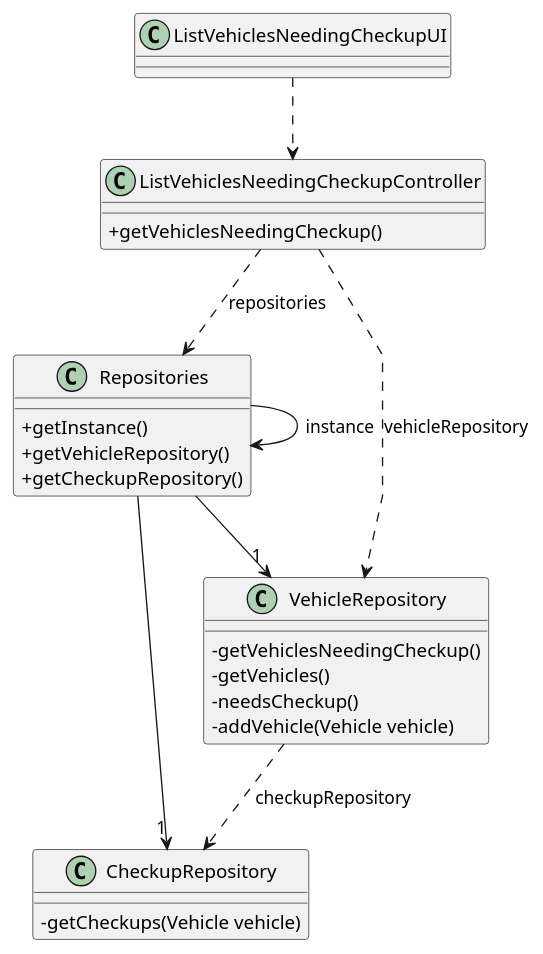
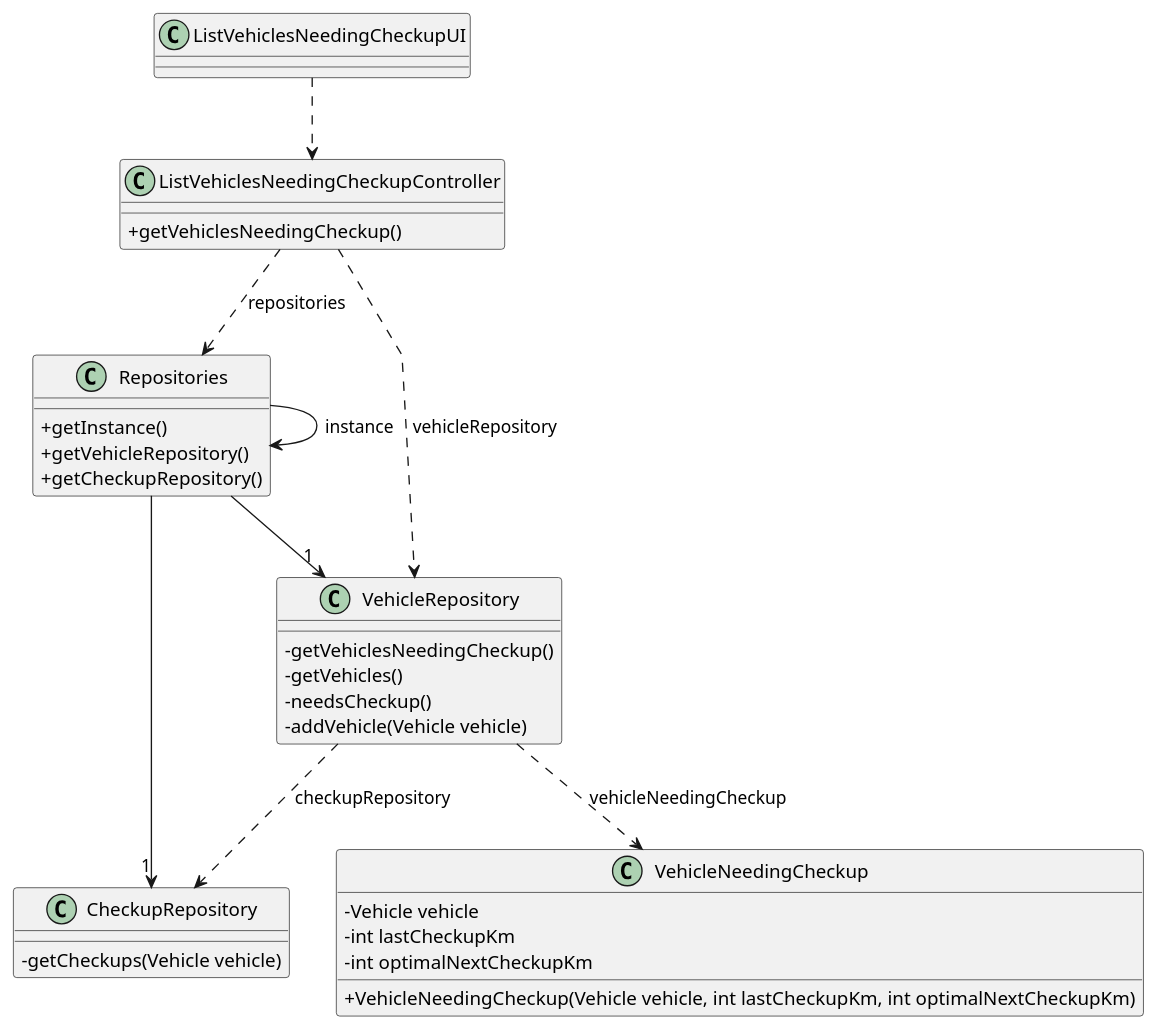
Before and after one commit to Rui-San/LAPR2_2023_2024: the diagram in docs/sprintB/us008/03.design/puml/us008-class-diagram.puml, drawn with PlantUML.

Commit message:
Fixed US08 Class Diagram

```diff
--- a/docs/sprintB/us008/03.design/puml/us008-class-diagram.puml
+++ b/docs/sprintB/us008/03.design/puml/us008-class-diagram.puml
@@ -1,46 +1,54 @@
 @startuml
 'skinparam monochrome true
 skinparam packageStyle rectangle
 skinparam shadowing false
 skinparam linetype polyline
 'skinparam linetype orto
 
 skinparam classAttributeIconSize 0
 
 'left to right direction
 
 Class ListVehiclesNeedingCheckupUI {
 
 }
 
 Class ListVehiclesNeedingCheckupController {
     +getVehiclesNeedingCheckup()
 }
 
 Class Repositories{
     +getInstance()
     +getVehicleRepository()
     +getCheckupRepository()
 }
 
 Class VehicleRepository {
     -getVehiclesNeedingCheckup()
     -getVehicles()
     -needsCheckup()
     -addVehicle(Vehicle vehicle)
 }
 
 Class CheckupRepository {
     -getCheckups(Vehicle vehicle)
 }
 
+Class VehicleNeedingCheckup{
+    -Vehicle vehicle
+    -int lastCheckupKm
+    -int optimalNextCheckupKm
+    +VehicleNeedingCheckup(Vehicle vehicle, int lastCheckupKm, int optimalNextCheckupKm)
+}
+
 ListVehiclesNeedingCheckupUI ..> ListVehiclesNeedingCheckupController
 ListVehiclesNeedingCheckupController ..> Repositories : "repositories"
 ListVehiclesNeedingCheckupController ..> VehicleRepository : vehicleRepository
 VehicleRepository ..> CheckupRepository : checkupRepository
 Repositories --> "1" VehicleRepository
 Repositories --> "1" CheckupRepository
+VehicleRepository ..> VehicleNeedingCheckup : vehicleNeedingCheckup
 Repositories -> Repositories : "instance"
 
 
 @enduml
```
